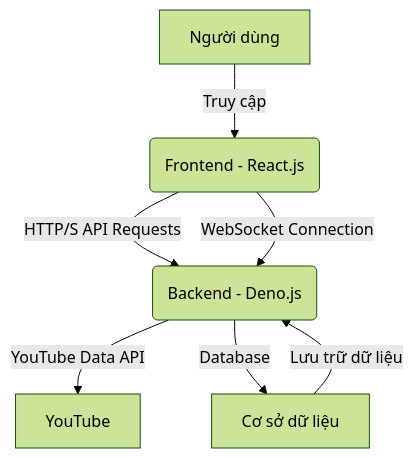
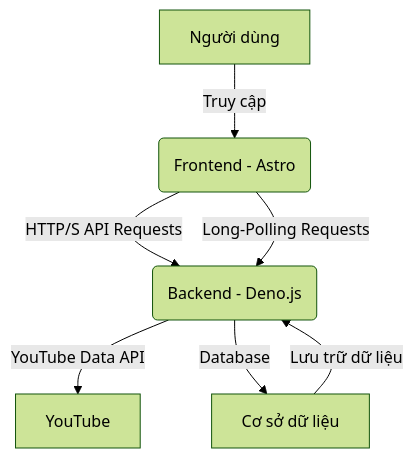
One commit to thaodangspace/together changed the diagram in docs/Kế hoạch phát triển Webapp xem video_nghe nhạc YouTube cùng nhau.md. Above: the diagram before and after it, drawn with Mermaid (forest theme). The commit also changed other lines of this file and 35 other files, not shown here.

Commit message:
feat: restructure SyncWatch project to use Deno and Astro, adding configuration, build scripts, and initial frontend layout

````diff
--- a/docs/Kế hoạch phát triển Webapp xem video_nghe nhạc YouTube cùng nhau.md
+++ b/docs/Kế hoạch phát triển Webapp xem video_nghe nhạc YouTube cùng nhau.md
@@ -50,9 +50,9 @@
 ```mermaid
 graph TD
-    A[Người dùng] -->|Truy cập| B(Frontend - React.js)
+    A[Người dùng] -->|Truy cập| B(Frontend - Astro)
     B -->|HTTP/S API Requests| C(Backend - Deno.js)
-    B -->|WebSocket Connection| C
+    B -->|Long-Polling Requests| C
     C -->|YouTube Data API| D[YouTube]
     C -->|Database| E[Cơ sở dữ liệu]
     E -->|Lưu trữ dữ liệu| C
 ```
````
